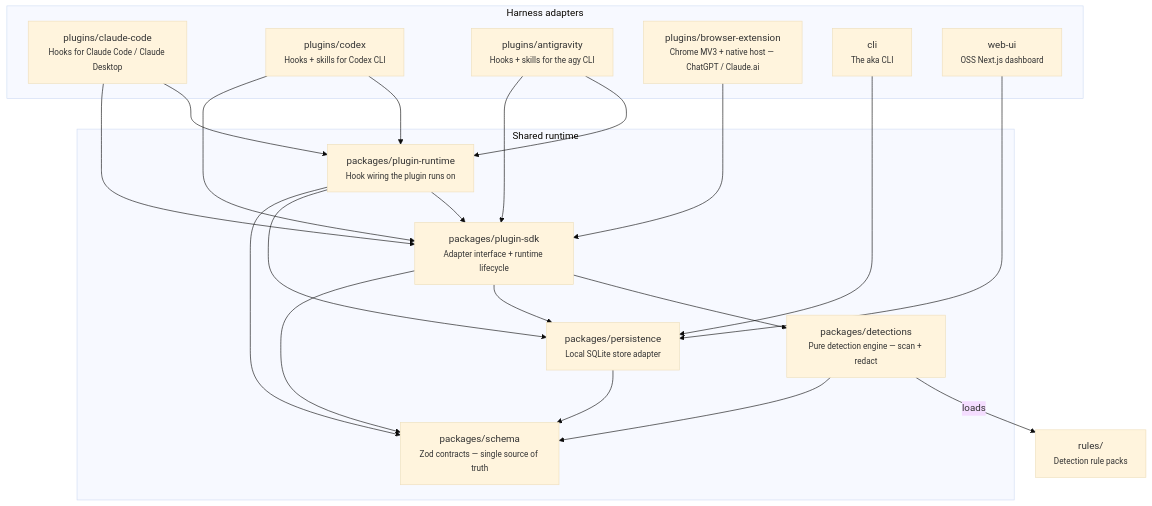
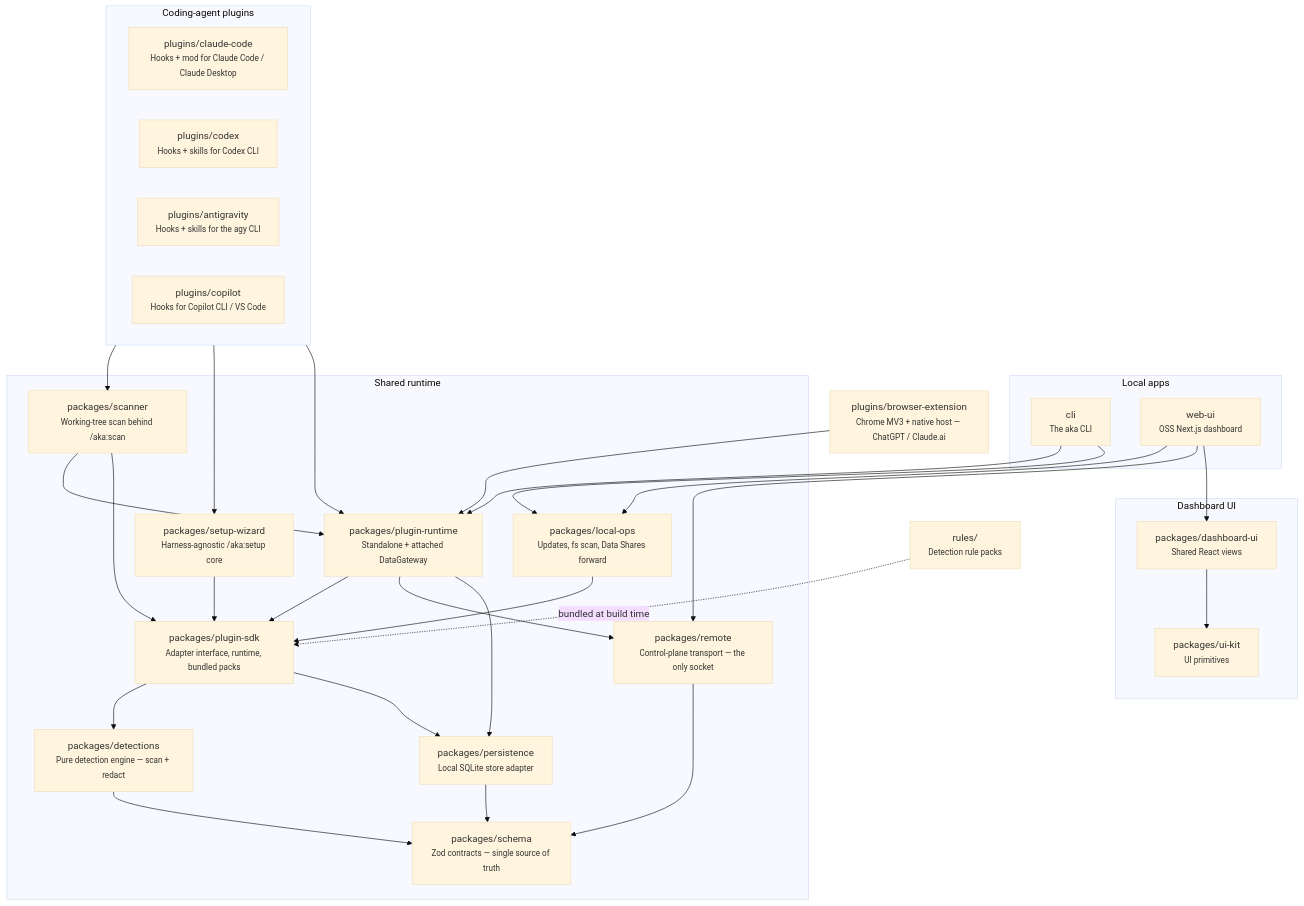
Before and after one commit to akasecurity/ai-tc-docs: the diagram in docs/architecture/overview.md, drawn with Mermaid (base theme). The commit also changed other lines of this file and 2 other files, not shown here.

Commit message:
docs(architecture): redraw the package graph, repo tree, and local diagram for v0.9.20 (#20)
- overview Mermaid: drawn from package.json edges at v0.9.20; adds copilot,
  scanner, setup-wizard, local-ops, remote, dashboard-ui, ui-kit; rules are
  bundled into plugin-sdk at build time (detections does no I/O).
- physical-design tree: drop packages that never existed in this repo
  (config, client, telemetry, tools/migrator, tools/rules-publisher,
  skills/backend-conventions); add copilot, remote, setup-wizard,
  command-risk, the CI gates; noExternal also inlines zod.
- local diagram (data-flow + home): 'standalone by default' instead of
  'no backend', and the harness node names more than Claude.

````diff
--- a/docs/architecture/overview.md
+++ b/docs/architecture/overview.md
@@ -75,40 +75,59 @@
 ```mermaid
 flowchart TD
-    subgraph adapters["Harness adapters"]
-        plugin["plugins/claude-code<br/><small>Hooks for Claude Code / Claude Desktop</small>"]
+    subgraph adapters["Coding-agent plugins"]
+        plugin["plugins/claude-code<br/><small>Hooks + mod for Claude Code / Claude Desktop</small>"]
         codex["plugins/codex<br/><small>Hooks + skills for Codex CLI</small>"]
         antigravity["plugins/antigravity<br/><small>Hooks + skills for the agy CLI</small>"]
-        browser["plugins/browser-extension<br/><small>Chrome MV3 + native host — ChatGPT / Claude.ai</small>"]
+        copilot["plugins/copilot<br/><small>Hooks for Copilot CLI / VS Code</small>"]
+    end
+
+    browser["plugins/browser-extension<br/><small>Chrome MV3 + native host — ChatGPT / Claude.ai</small>"]
+
+    subgraph apps["Local apps"]
         cli["cli<br/><small>The aka CLI</small>"]
         webui["web-ui<br/><small>OSS Next.js dashboard</small>"]
     end
 
     subgraph runtime["Shared runtime"]
-        pluginRuntime["packages/plugin-runtime<br/><small>Hook wiring the plugin runs on</small>"]
-        sdk["packages/plugin-sdk<br/><small>Adapter interface + runtime lifecycle</small>"]
+        scanner["packages/scanner<br/><small>Working-tree scan behind /aka:scan</small>"]
+        wizard["packages/setup-wizard<br/><small>Harness-agnostic /aka:setup core</small>"]
+        pluginRuntime["packages/plugin-runtime<br/><small>Standalone + attached DataGateway</small>"]
+        sdk["packages/plugin-sdk<br/><small>Adapter interface, runtime, bundled packs</small>"]
+        localOps["packages/local-ops<br/><small>Updates, fs scan, Data Shares forward</small>"]
+        remote["packages/remote<br/><small>Control-plane transport — the only socket</small>"]
         detections["packages/detections<br/><small>Pure detection engine — scan + redact</small>"]
         persistence["packages/persistence<br/><small>Local SQLite store adapter</small>"]
         schema["packages/schema<br/><small>Zod contracts — single source of truth</small>"]
     end
 
+    subgraph ui["Dashboard UI"]
+        dashboardUi["packages/dashboard-ui<br/><small>Shared React views</small>"]
+        uiKit["packages/ui-kit<br/><small>UI primitives</small>"]
+    end
+
     rules["rules/<br/><small>Detection rule packs</small>"]
 
-    plugin --> pluginRuntime
-    plugin --> sdk
-    codex --> pluginRuntime
-    codex --> sdk
-    antigravity --> pluginRuntime
-    antigravity --> sdk
-    browser --> sdk
+    adapters --> scanner
+    adapters --> wizard
+    adapters --> pluginRuntime
+    browser --> pluginRuntime
+    scanner --> pluginRuntime
+    scanner --> sdk
+    wizard --> sdk
     pluginRuntime --> sdk
+    pluginRuntime --> remote
     pluginRuntime --> persistence
-    pluginRuntime --> schema
     sdk --> detections
     sdk --> persistence
-    cli --> persistence
-    webui --> persistence
-    detections -->|loads| rules
+    rules -.->|bundled at build time| sdk
+    cli --> pluginRuntime
+    cli --> localOps
+    webui --> localOps
+    webui --> remote
+    webui --> dashboardUi
+    localOps --> sdk
+    dashboardUi --> uiKit
     detections --> schema
     persistence --> schema
-    sdk --> schema
+    remote --> schema
 ```
````
